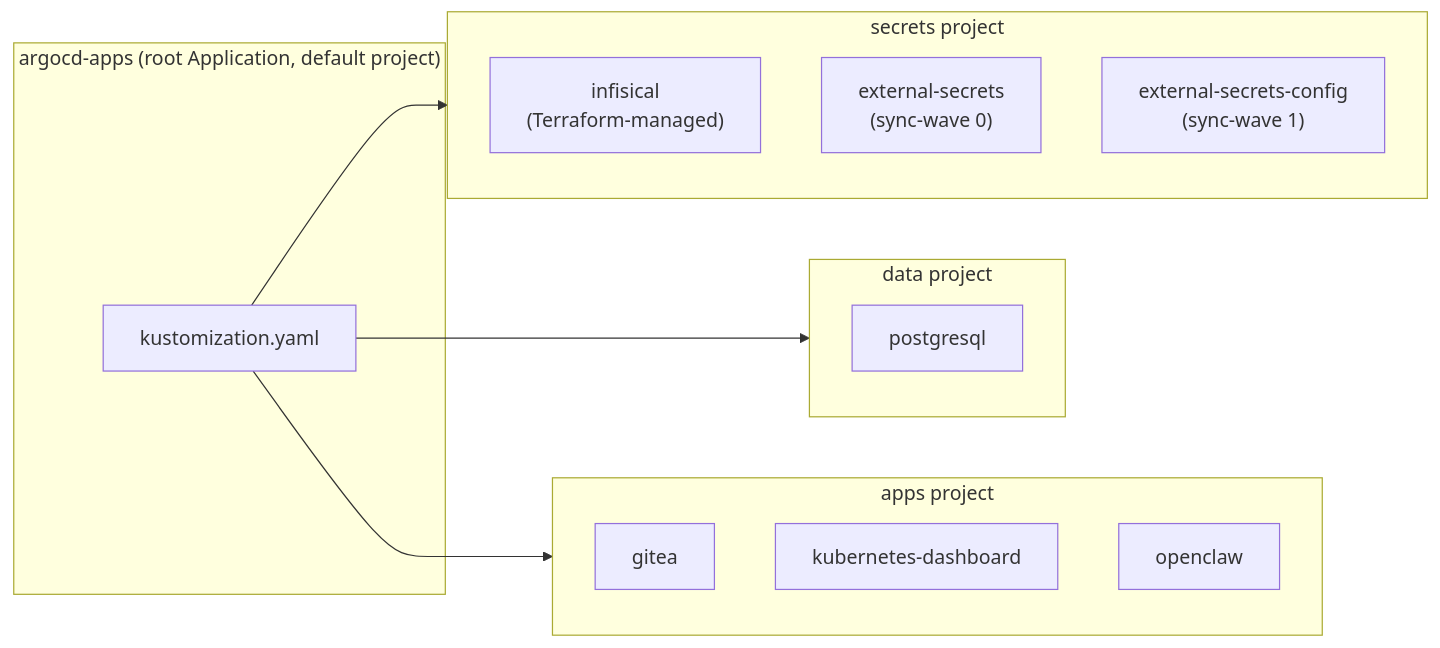
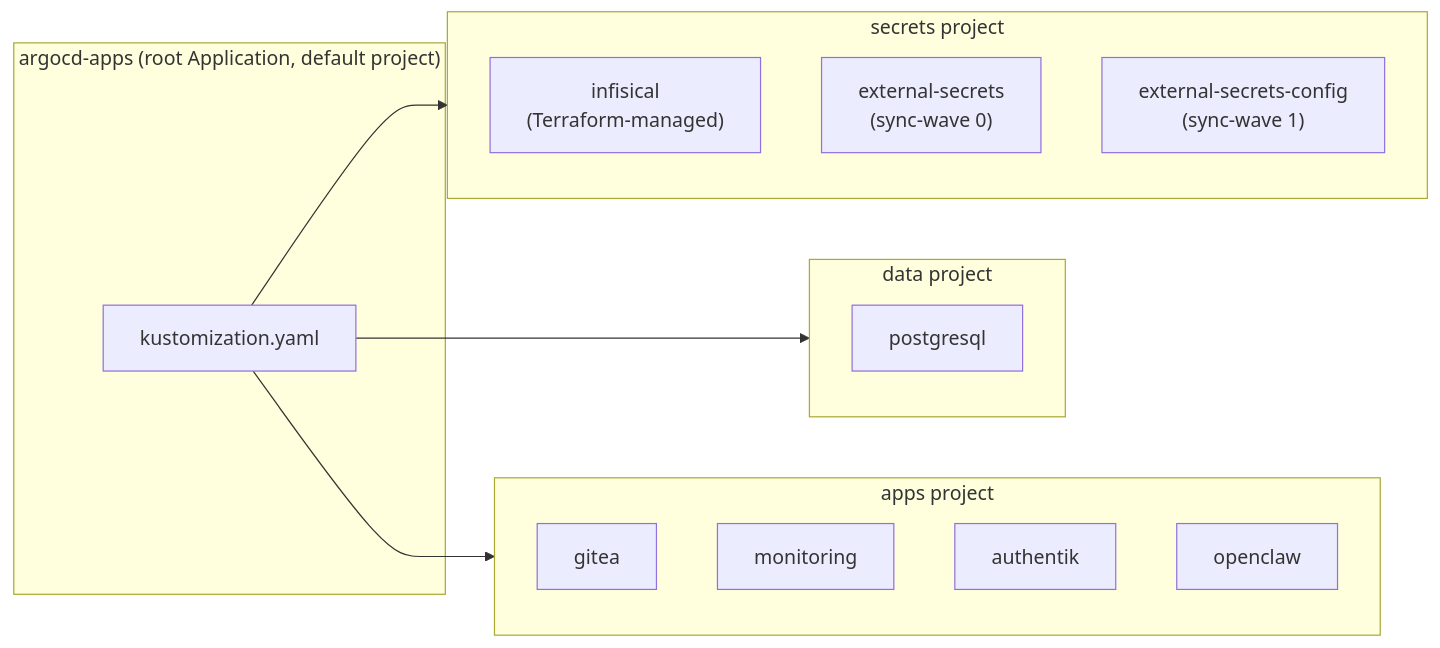
One commit to haingth77/homelab changed the second of 2 diagrams in k8s/apps/argocd/README.md. Above: the diagram before and after it, drawn with Mermaid. The commit also changed other lines of this file and 15 other files, not shown here.

````diff
--- a/k8s/apps/argocd/README.md
+++ b/k8s/apps/argocd/README.md
@@ -60,26 +64,27 @@
 ```mermaid
 flowchart LR
     subgraph root["argocd-apps (root Application, default project)"]
         Kustomize["kustomization.yaml"]
     end
 
     subgraph secretsProj["secrets project"]
         Infisical["infisical\n(Terraform-managed)"]
         A1["external-secrets\n(sync-wave 0)"]
         A2["external-secrets-config\n(sync-wave 1)"]
     end
 
     subgraph dataProj["data project"]
         A3["postgresql"]
     end
 
     subgraph appsProj["apps project"]
         A4["gitea"]
-        A5["kubernetes-dashboard"]
-        A6["openclaw"]
+        A5["monitoring"]
+        A6["authentik"]
+        A7["openclaw"]
     end
 
     Kustomize --> secretsProj
     Kustomize --> dataProj
     Kustomize --> appsProj
 ```
````
